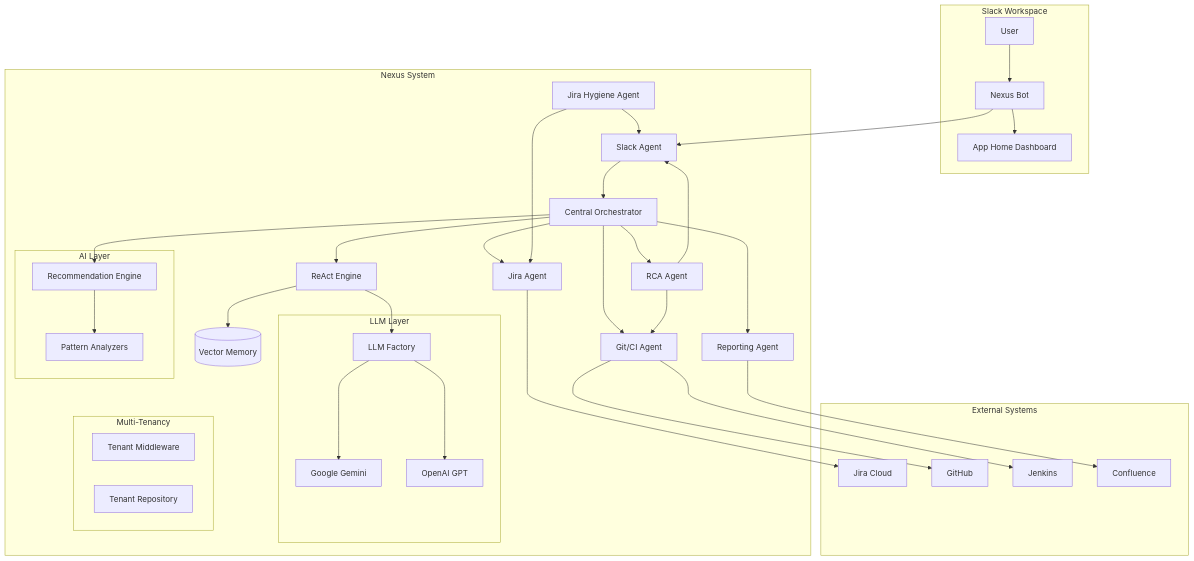
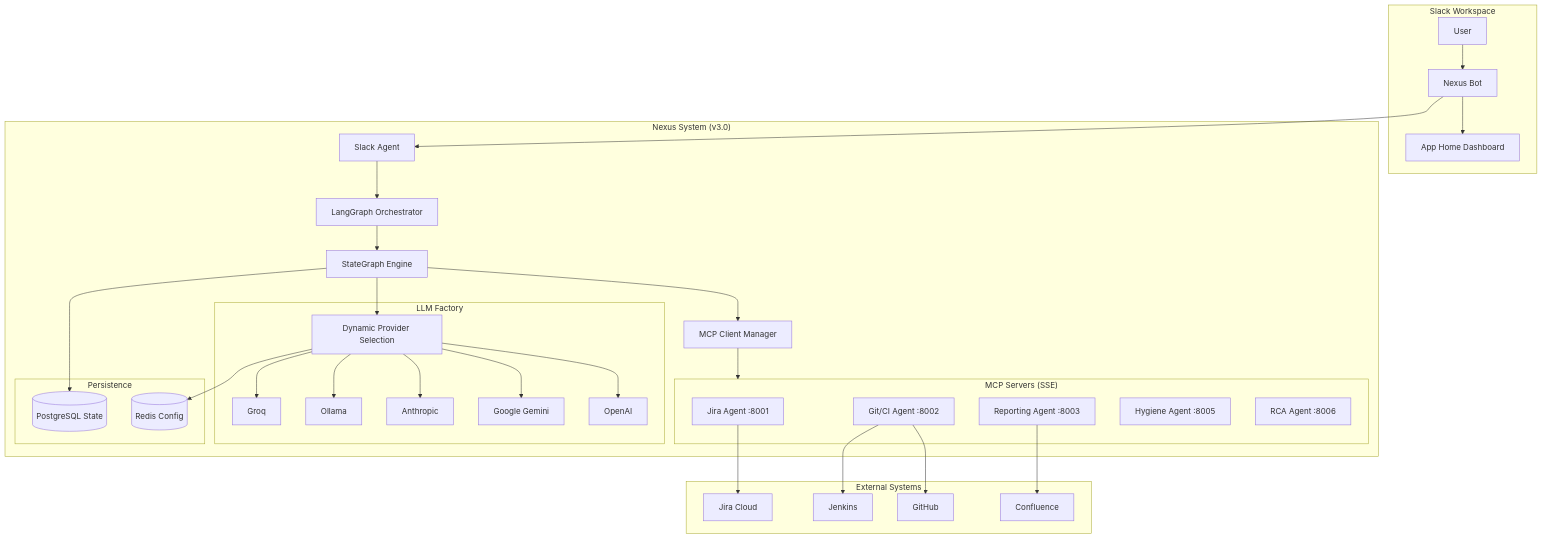
The diagram in docs/index.md (IKRedHat/Nexus-Release-Readiness-Bot), drawn with Mermaid before and after one commit. The commit also changed other lines of this file and 10 other files, not shown here.

First line of the commit message:
docs: Comprehensive documentation update for LangGraph + MCP architecture

````diff
--- a/docs/index.md
+++ b/docs/index.md
@@ -82,55 +42,55 @@
 ```mermaid
 flowchart TB
     subgraph Slack["Slack Workspace"]
         User[User] --> SlackApp[Nexus Bot]
         SlackApp --> AppHome[App Home Dashboard]
     end
     
-    subgraph Nexus["Nexus System"]
+    subgraph Nexus["Nexus System (v3.0)"]
         SlackApp --> SlackAgent[Slack Agent]
-        SlackAgent --> Orchestrator[Central Orchestrator]
+        SlackAgent --> Orchestrator[LangGraph Orchestrator]
         
-        subgraph LLMLayer["LLM Layer"]
-            LLMFactory[LLM Factory]
+        subgraph LLMLayer["LLM Factory"]
+            LLMFactory[Dynamic Provider Selection]
+            OpenAI[OpenAI]
             Gemini[Google Gemini]
-            OpenAI[OpenAI GPT]
+            Anthropic[Anthropic]
+            Ollama[Ollama]
+            Groq[Groq]
         end
         
-        Orchestrator --> ReAct[ReAct Engine]
-        ReAct --> Memory[(Vector Memory)]
-        ReAct --> LLMFactory
+        Orchestrator --> GraphEngine[StateGraph Engine]
+        GraphEngine --> MCPClient[MCP Client Manager]
+        GraphEngine --> LLMFactory
+        LLMFactory --> OpenAI
         LLMFactory --> Gemini
-        LLMFactory --> OpenAI
+        LLMFactory --> Anthropic
+        LLMFactory --> Ollama
+        LLMFactory --> Groq
         
-        subgraph AILayer["AI Layer"]
-            RecEngine[Recommendation Engine]
-            Analyzers[Pattern Analyzers]
+        subgraph MCPServers["MCP Servers (SSE)"]
+            JiraMCP[Jira Agent :8001]
+            GitMCP[Git/CI Agent :8002]
+            ReportMCP[Reporting Agent :8003]
+            HygieneMCP[Hygiene Agent :8005]
+            RCAMCP[RCA Agent :8006]
         end
         
-        Orchestrator --> RecEngine
-        RecEngine --> Analyzers
+        MCPClient --> MCPServers
         
-        Orchestrator --> JiraAgent[Jira Agent]
-        Orchestrator --> GitAgent[Git/CI Agent]
-        Orchestrator --> ReportAgent[Reporting Agent]
-        Orchestrator --> RCAAgent[RCA Agent]
+        subgraph Storage["Persistence"]
+            Redis[(Redis Config)]
+            Postgres[(PostgreSQL State)]
+        end
         
-        RCAAgent --> GitAgent
-        RCAAgent --> SlackAgent
-        
-        HygieneAgent[Jira Hygiene Agent] --> JiraAgent
-        HygieneAgent --> SlackAgent
-        
-        subgraph MultiTenant["Multi-Tenancy"]
-            TenantMW[Tenant Middleware]
-            TenantRepo[Tenant Repository]
-        end
+        GraphEngine --> Postgres
+        LLMFactory --> Redis
     end
     
     subgraph External["External Systems"]
-        JiraAgent --> Jira[Jira Cloud]
-        GitAgent --> GitHub[GitHub]
-        GitAgent --> Jenkins[Jenkins]
-        ReportAgent --> Confluence[Confluence]
+        JiraMCP --> Jira[Jira Cloud]
+        GitMCP --> GitHub[GitHub]
+        GitMCP --> Jenkins[Jenkins]
+        ReportMCP --> Confluence[Confluence]
     end
 ```
````
